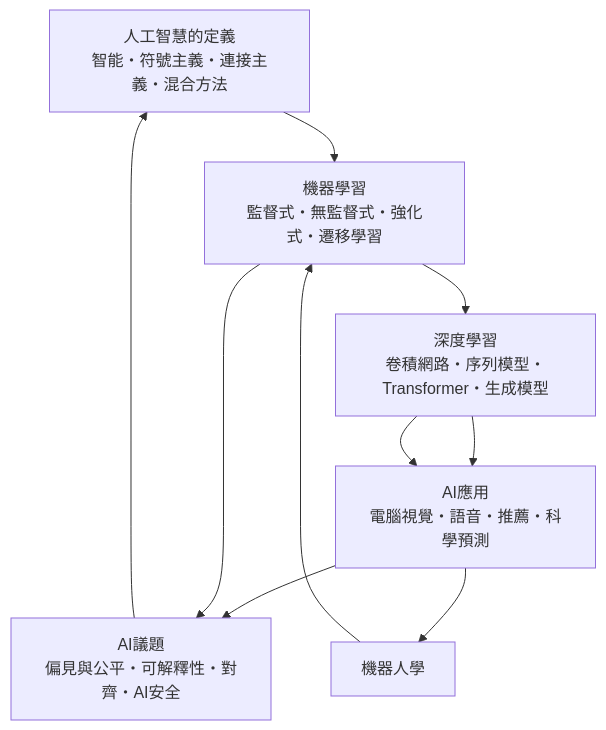
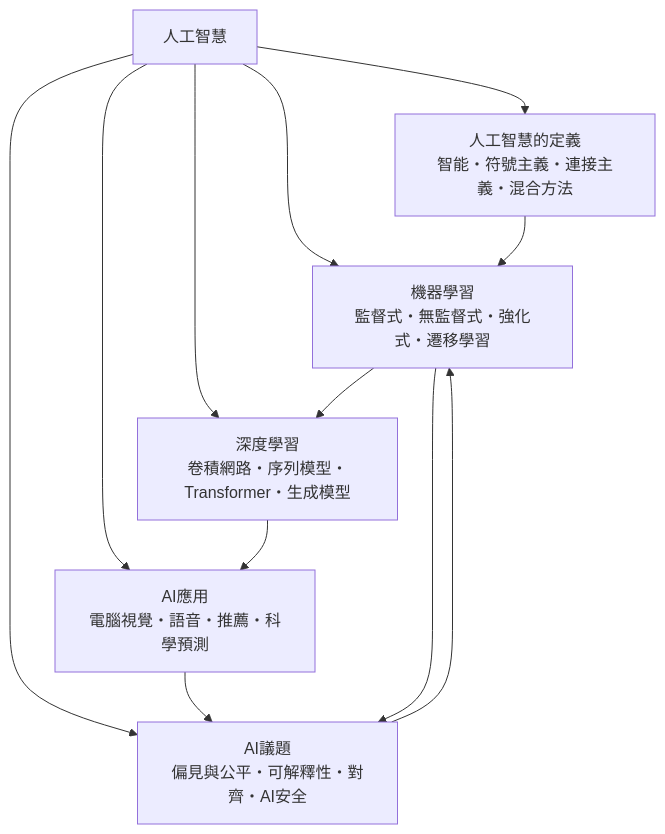
One commit to cccbook/markpedia changed the diagram in site/人工智慧/人工智慧.md. Above: the diagram before and after it, drawn with Mermaid. The commit also changed other lines of this file and 196 other files, not shown here.

````diff
--- a/site/人工智慧/人工智慧.md
+++ b/site/人工智慧/人工智慧.md
@@ -42,12 +45,14 @@
 ```mermaid
 graph TD
-    A["人工智慧的定義<br/>智能・符號主義・連接主義・混合方法"] --> B["機器學習<br/>監督式・無監督式・強化式・遷移學習"]
-    B --> C["深度學習<br/>卷積網路・序列模型・Transformer・生成模型"]
-    C --> D["AI應用<br/>電腦視覺・語音・推薦・科學預測"]
-    D --> E["AI議題<br/>偏見與公平・可解釋性・對齊・AI安全"]
-    E --> A
-    B --> E
+    A["人工智慧"] --> B["人工智慧的定義<br/>智能・符號主義・連接主義・混合方法"]
+    A --> C["機器學習<br/>監督式・無監督式・強化式・遷移學習"]
+    A --> D["深度學習<br/>卷積網路・序列模型・Transformer・生成模型"]
+    A --> E["AI應用<br/>電腦視覺・語音・推薦・科學預測"]
+    A --> F["AI議題<br/>偏見與公平・可解釋性・對齊・AI安全"]
+    B --> C
     C --> D
-    F["機器人學"] --> B
-    D --> F
+    D --> E
+    E --> F
+    F --> C
+    C --> F
 ```
````
